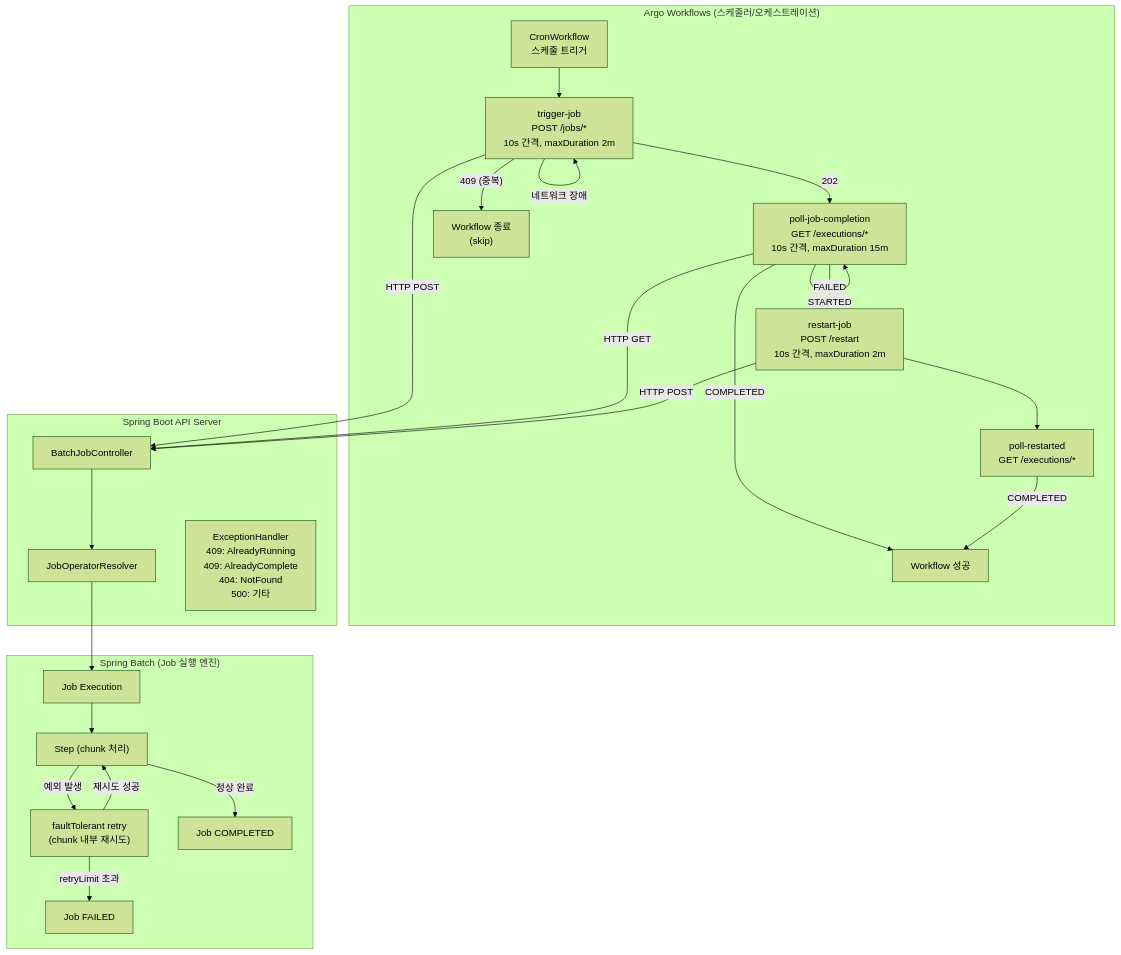
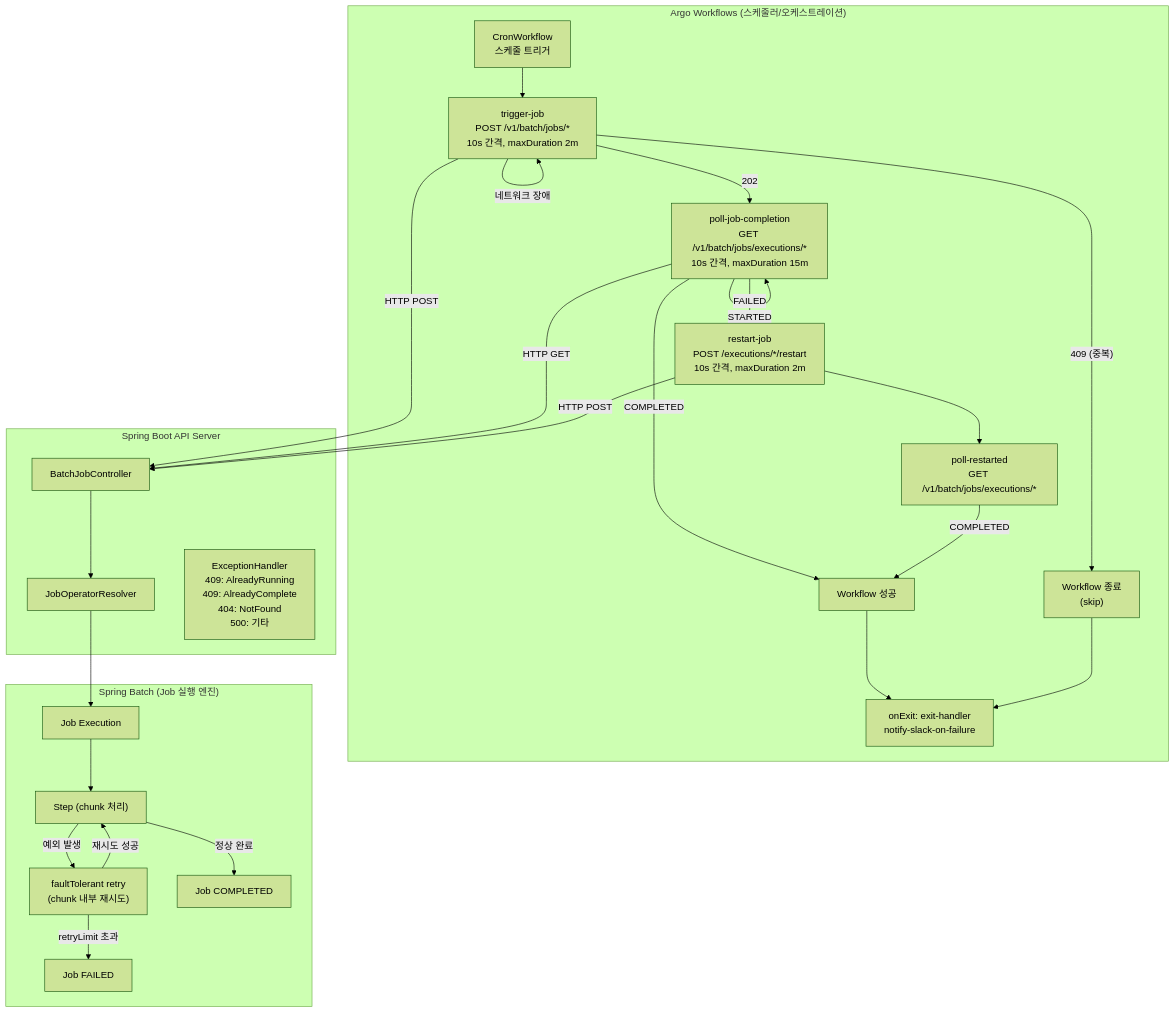
Before and after one commit to sanggi-wjg/kotlin-spring-boot-demos: the fifth of 5 diagrams in spring-batch-argo-workflows/docs/architecture.md, drawn with Mermaid (forest theme). The commit also changed other lines of this file and 6 other files, not shown here.

Commit message:
Update batch workflow templates and API paths, add Slack notification on failure, and enhance polling logic

````diff
--- a/spring-batch-argo-workflows/docs/architecture.md
+++ b/spring-batch-argo-workflows/docs/architecture.md
@@ -234,42 +255,44 @@
 ```mermaid
 flowchart TB
     subgraph argo["Argo Workflows (스케줄러/오케스트레이션)"]
         cron["CronWorkflow<br/>스케줄 트리거"]
-        trigger["trigger-job<br/>POST /jobs/*<br/>10s 간격, maxDuration 2m"]
-        poll["poll-job-completion<br/>GET /executions/*<br/>10s 간격, maxDuration 15m"]
-        restart["restart-job<br/>POST /restart<br/>10s 간격, maxDuration 2m"]
-        poll2["poll-restarted<br/>GET /executions/*"]
+        trigger["trigger-job<br/>POST /v1/batch/jobs/*<br/>10s 간격, maxDuration 2m"]
+        poll["poll-job-completion<br/>GET /v1/batch/jobs/executions/*<br/>10s 간격, maxDuration 15m"]
+        restart["restart-job<br/>POST /executions/*/restart<br/>10s 간격, maxDuration 2m"]
+        poll2["poll-restarted<br/>GET /v1/batch/jobs/executions/*"]
         cron --> trigger
         trigger -->|" 202 "| poll
         trigger -->|" 409 (중복) "| skip["Workflow 종료<br/>(skip)"]
         trigger -->|" 네트워크 장애 "| trigger
         poll -->|" COMPLETED "| success["Workflow 성공"]
         poll -->|" FAILED "| restart
         poll -->|" STARTED "| poll
         restart --> poll2
         poll2 -->|" COMPLETED "| success
+        success --> exitHandler["onExit: exit-handler<br/>notify-slack-on-failure"]
+        skip --> exitHandler
     end
 
     subgraph spring["Spring Boot API Server"]
         controller["BatchJobController"]
         resolver["JobOperatorResolver"]
         exHandler["ExceptionHandler<br/>409: AlreadyRunning<br/>409: AlreadyComplete<br/>404: NotFound<br/>500: 기타"]
     end
 
     subgraph batch["Spring Batch (Job 실행 엔진)"]
         job["Job Execution"]
         step["Step (chunk 처리)"]
         batchRetry["faultTolerant retry<br/>(chunk 내부 재시도)"]
         job --> step
         step -->|" 예외 발생 "| batchRetry
         batchRetry -->|" 재시도 성공 "| step
         batchRetry -->|" retryLimit 초과 "| failed["Job FAILED"]
         step -->|" 정상 완료 "| completed["Job COMPLETED"]
     end
 
     trigger -->|" HTTP POST "| controller
     poll -->|" HTTP GET "| controller
     restart -->|" HTTP POST "| controller
     controller --> resolver
     resolver --> job
 ```
````
